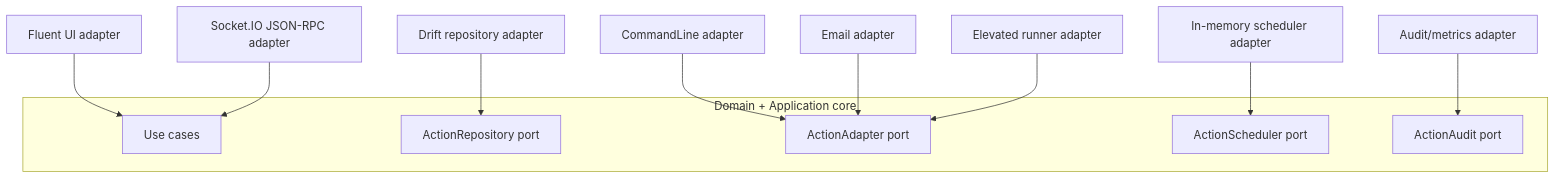
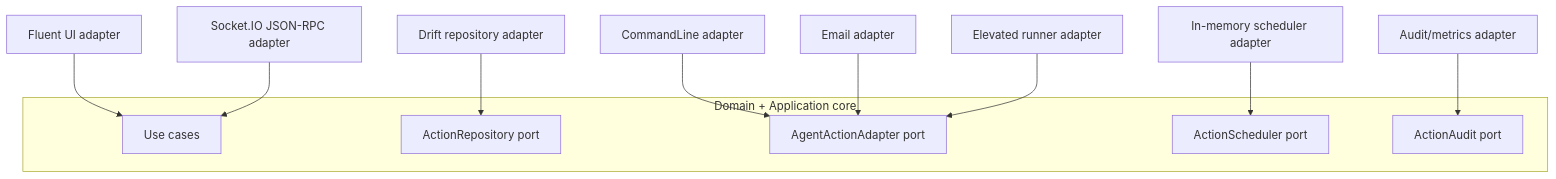
The second of 2 diagrams in docs/implemente/plano_acoes_agendadas_execucoes.md (cesar-carlos/plug_agente), drawn with Mermaid before and after one commit. The commit also changed other lines of this file and 29 other files, not shown here.

````diff
--- a/docs/implemente/plano_acoes_agendadas_execucoes.md
+++ b/docs/implemente/plano_acoes_agendadas_execucoes.md
@@ -688,19 +1119,19 @@
 ```mermaid
 flowchart TB
   subgraph Core["Domain + Application core"]
     UC["Use cases"]
     P1["ActionRepository port"]
-    P2["ActionAdapter port"]
+    P2["AgentActionAdapter port"]
     P3["ActionScheduler port"]
     P4["ActionAudit port"]
   end
 
   UI["Fluent UI adapter"] --> UC
   HUB["Socket.IO JSON-RPC adapter"] --> UC
   SCH["In-memory scheduler adapter"] --> P3
   DB["Drift repository adapter"] --> P1
   CMD["CommandLine adapter"] --> P2
   MAIL["Email adapter"] --> P2
   ELEV["Elevated runner adapter"] --> P2
   AUD["Audit/metrics adapter"] --> P4
 ```
````
